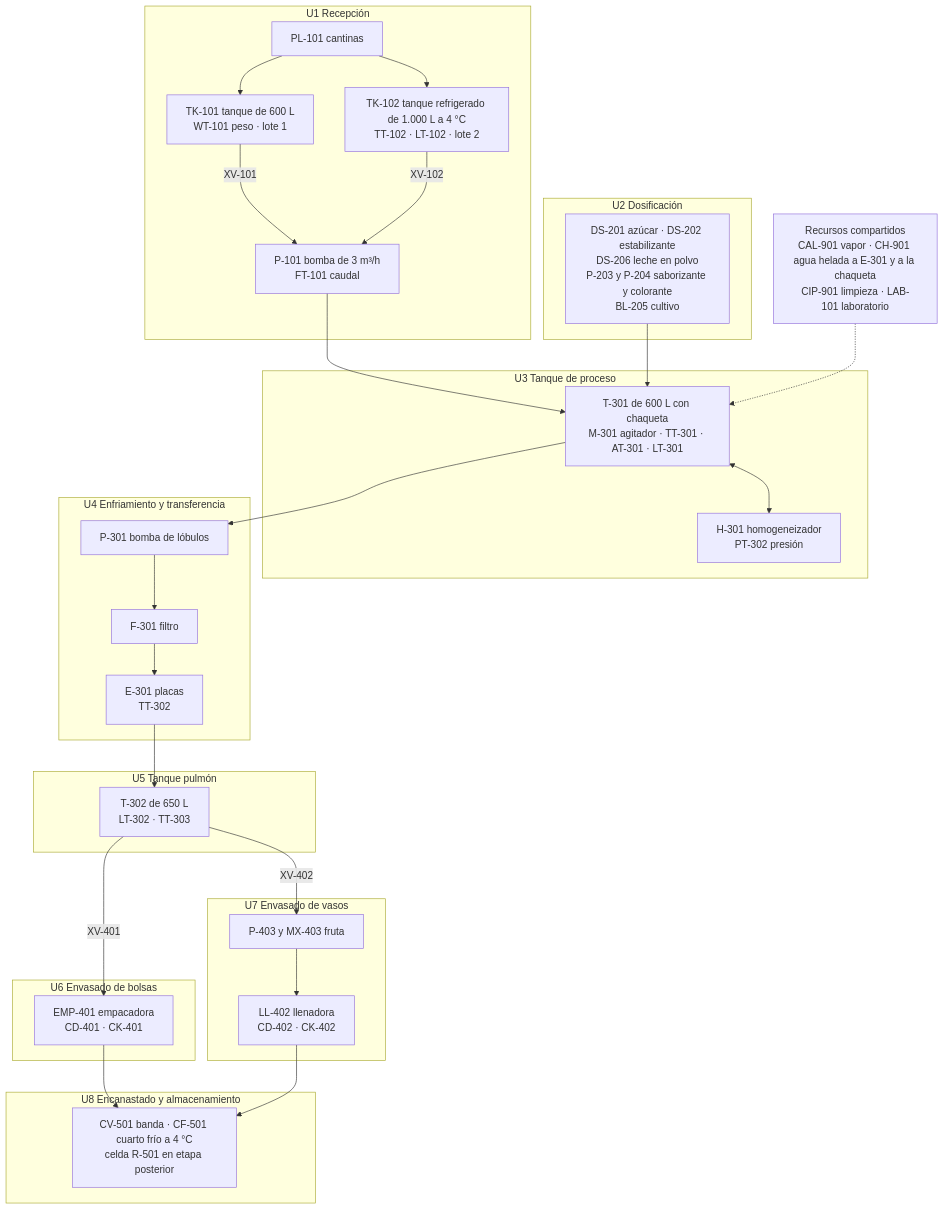
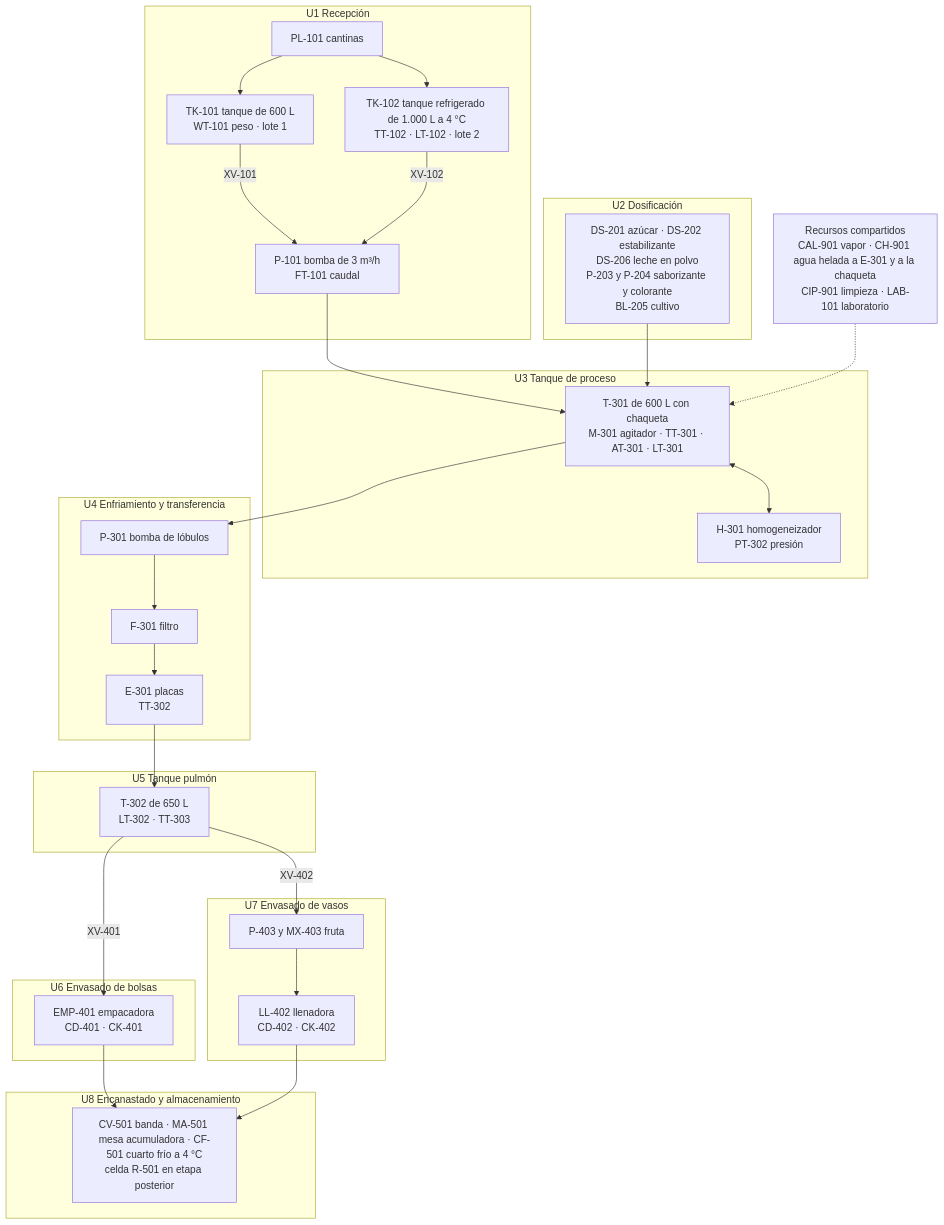
One commit to dcortesav/Cremia-Automations changed the first of 2 diagrams in 1-transformacion-digital-industrial/Modelo_ISA88_Linea_Yogur.md. Above: the diagram before and after it, drawn with Mermaid. The commit also changed other lines of this file and 5 other files, not shown here.

````diff
--- a/1-transformacion-digital-industrial/Modelo_ISA88_Linea_Yogur.md
+++ b/1-transformacion-digital-industrial/Modelo_ISA88_Linea_Yogur.md
@@ -38,39 +38,39 @@
 ```mermaid
 flowchart TB
     subgraph U1["U1 Recepción"]
         PL101["PL-101 cantinas"] --> TK101["TK-101 tanque de 600 L<br/>WT-101 peso · lote 1"]
         PL101 --> TK102["TK-102 tanque refrigerado de 1.000 L a 4 °C<br/>TT-102 · LT-102 · lote 2"]
         TK101 -->|XV-101| P101["P-101 bomba de 3 m³/h<br/>FT-101 caudal"]
         TK102 -->|XV-102| P101
     end
     subgraph U2["U2 Dosificación"]
         DS["DS-201 azúcar · DS-202 estabilizante<br/>DS-206 leche en polvo<br/>P-203 y P-204 saborizante y colorante<br/>BL-205 cultivo"]
     end
     subgraph U3["U3 Tanque de proceso"]
         T301["T-301 de 600 L con chaqueta<br/>M-301 agitador · TT-301 · AT-301 · LT-301"] <--> H301["H-301 homogeneizador<br/>PT-302 presión"]
     end
     subgraph U4["U4 Enfriamiento y transferencia"]
         P301["P-301 bomba de lóbulos"] --> F301["F-301 filtro"] --> E301["E-301 placas<br/>TT-302"]
     end
     subgraph U5["U5 Tanque pulmón"]
         T302["T-302 de 650 L<br/>LT-302 · TT-303"]
     end
     subgraph U6["U6 Envasado de bolsas"]
         EMP["EMP-401 empacadora<br/>CD-401 · CK-401"]
     end
     subgraph U7["U7 Envasado de vasos"]
         FR["P-403 y MX-403 fruta"] --> LL["LL-402 llenadora<br/>CD-402 · CK-402"]
     end
     subgraph U8["U8 Encanastado y almacenamiento"]
-        CV["CV-501 banda · CF-501 cuarto frío a 4 °C<br/>celda R-501 en etapa posterior"]
+        CV["CV-501 banda · MA-501 mesa acumuladora · CF-501 cuarto frío a 4 °C<br/>celda R-501 en etapa posterior"]
     end
     P101 --> T301
     DS --> T301
     T301 --> P301
     E301 --> T302
     T302 -->|XV-401| EMP
     T302 -->|XV-402| FR
     EMP --> CV
     LL --> CV
     SH["Recursos compartidos<br/>CAL-901 vapor · CH-901 agua helada a E-301 y a la chaqueta<br/>CIP-901 limpieza · LAB-101 laboratorio"] -.-> T301
 ```
````
